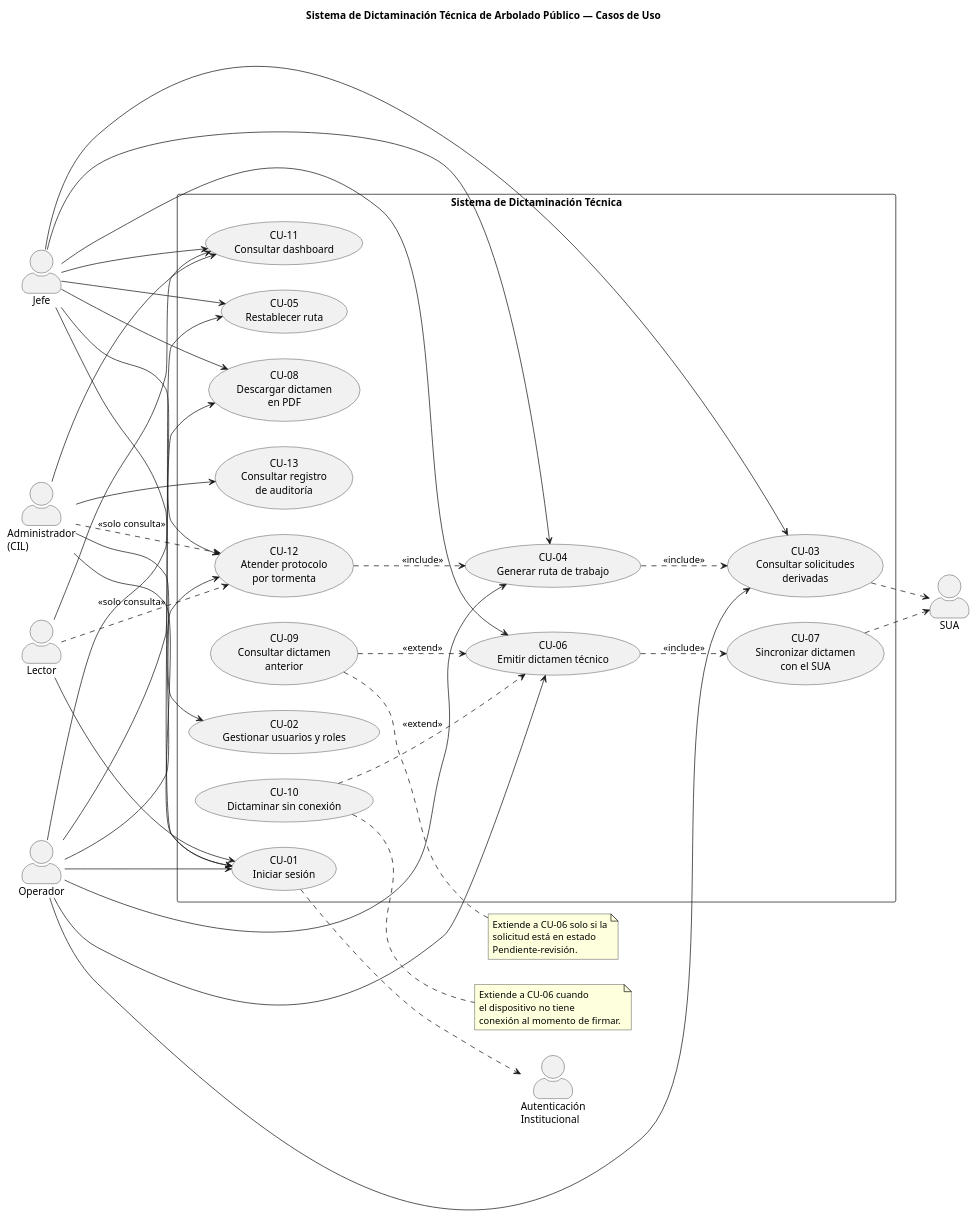
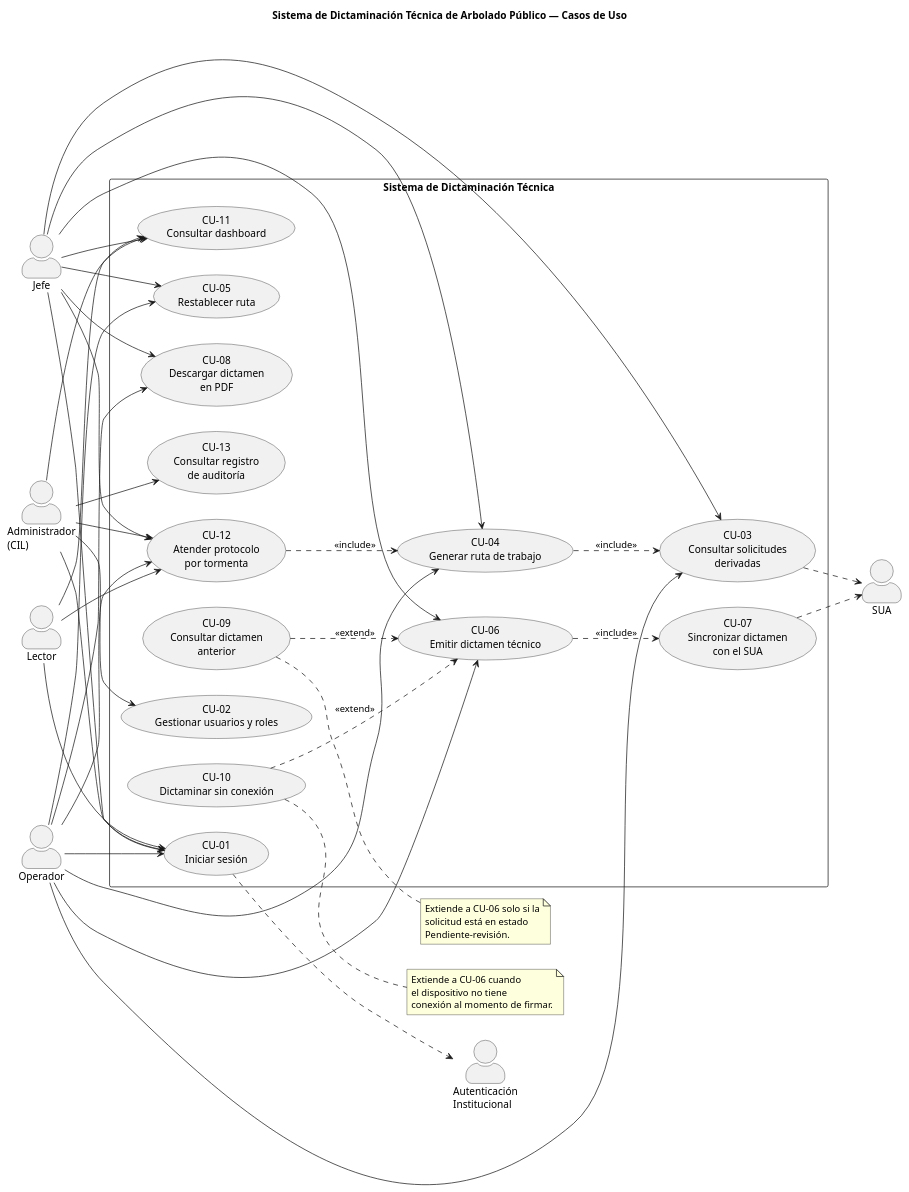
Before and after one commit to GabrielBoubonis/proyecto-desarrollo-web: the diagram in diagramas/casos-de-uso.puml, drawn with PlantUML. The commit also changed 9 other files, not shown here.

```diff
--- a/diagramas/casos-de-uso.puml
+++ b/diagramas/casos-de-uso.puml
@@ -1,92 +1,92 @@
 @startuml casos-de-uso
 left to right direction
 skinparam packageStyle rectangle
 skinparam actorStyle awesome
 
 title Sistema de Dictaminación Técnica de Arbolado Público — Casos de Uso
 
 actor "Operador" as OP
 actor "Jefe" as JF
 actor "Administrador\n(CIL)" as AD
 actor "Lector" as LE
 
 actor "SUA" as SUA
 actor "Autenticación\nInstitucional" as AUTH
 
 rectangle "Sistema de Dictaminación Técnica" {
 
   usecase "CU-01\nIniciar sesión" as CU01
   usecase "CU-02\nGestionar usuarios y roles" as CU02
   usecase "CU-03\nConsultar solicitudes\nderivadas" as CU03
   usecase "CU-04\nGenerar ruta de trabajo" as CU04
   usecase "CU-05\nRestablecer ruta" as CU05
   usecase "CU-06\nEmitir dictamen técnico" as CU06
   usecase "CU-07\nSincronizar dictamen\ncon el SUA" as CU07
   usecase "CU-08\nDescargar dictamen\nen PDF" as CU08
   usecase "CU-09\nConsultar dictamen\nanterior" as CU09
   usecase "CU-10\nDictaminar sin conexión" as CU10
   usecase "CU-11\nConsultar dashboard" as CU11
   usecase "CU-12\nAtender protocolo\npor tormenta" as CU12
   usecase "CU-13\nConsultar registro\nde auditoría" as CU13
 
 }
 
 ' --- Actores principales ---
 OP --> CU01
 JF --> CU01
 AD --> CU01
 LE --> CU01
 
 OP --> CU03
 JF --> CU03
 
 OP --> CU04
 JF --> CU04
 
 OP --> CU05
 JF --> CU05
 
 OP --> CU06
 JF --> CU06
 
 OP --> CU08
 JF --> CU08
 
 OP --> CU12
 JF --> CU12
-AD ..> CU12 : <<solo consulta>>
-LE ..> CU12 : <<solo consulta>>
+AD --> CU12
+LE --> CU12
 
 AD --> CU02
 AD --> CU13
 
 JF --> CU11
 AD --> CU11
 LE --> CU11
 
 ' --- Actores secundarios (sistemas externos) ---
 CU01 ..> AUTH
 CU03 ..> SUA
 CU07 ..> SUA
 
 ' --- Relaciones entre casos de uso ---
 CU06 ..> CU07 : <<include>>
 CU04 ..> CU03 : <<include>>
 CU12 ..> CU04 : <<include>>
 
 CU09 ..> CU06 : <<extend>>
 CU10 ..> CU06 : <<extend>>
 
 note right of CU10
   Extiende a CU-06 cuando
   el dispositivo no tiene
   conexión al momento de firmar.
 end note
 
 note right of CU09
   Extiende a CU-06 solo si la
   solicitud está en estado
   Pendiente-revisión.
 end note
 
 @enduml
```
